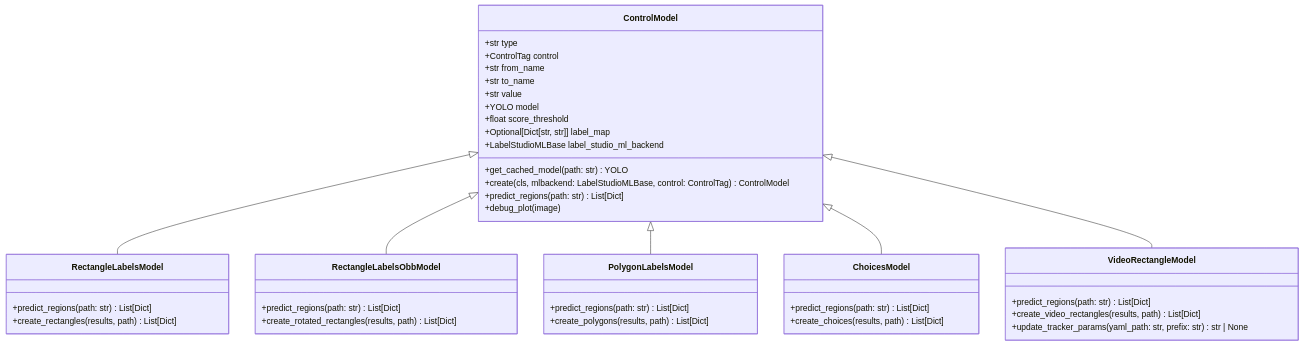
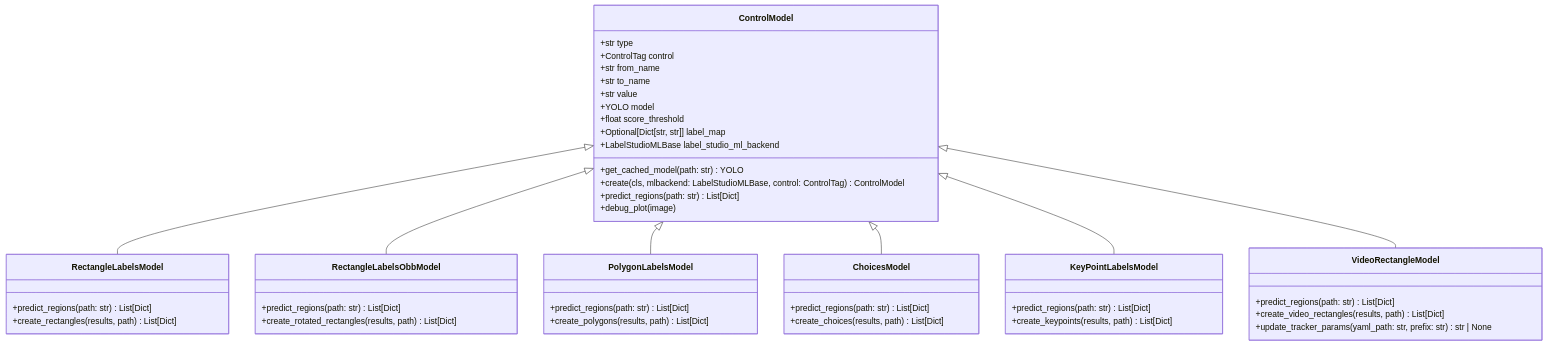
Before and after one commit to HumanSignal/label-studio-ml-backend: the diagram in label_studio_ml/examples/yolo/README_DEVELOP.md, drawn with Mermaid. The commit also changed other lines of this file, not shown here.

````diff
--- a/label_studio_ml/examples/yolo/README_DEVELOP.md
+++ b/label_studio_ml/examples/yolo/README_DEVELOP.md
@@ -1,51 +1,58 @@
 ```mermaid
 classDiagram
     class ControlModel {
         +str type
         +ControlTag control
         +str from_name
         +str to_name
         +str value
         +YOLO model
         +float score_threshold
         +Optional[Dict[str, str]] label_map
         +LabelStudioMLBase label_studio_ml_backend
         +get_cached_model(path: str) YOLO
         +create(cls, mlbackend: LabelStudioMLBase, control: ControlTag) ControlModel
         +predict_regions(path: str) List[Dict]
         +debug_plot(image)
     }
 
     class RectangleLabelsModel {
         +predict_regions(path: str) List[Dict]
         +create_rectangles(results, path) List[Dict]
     }
 
     class RectangleLabelsObbModel {
         +predict_regions(path: str) List[Dict]
         +create_rotated_rectangles(results, path) List[Dict]
     }    
     
 
     class PolygonLabelsModel {
         +predict_regions(path: str) List[Dict]
         +create_polygons(results, path) List[Dict]
     }
+    
+    class KeyPointLabelsModel {
+        +predict_regions(path: str) List[Dict]
+        +create_keypoints(results, path) List[Dict]
+    }
 
     class ChoicesModel {
         +predict_regions(path: str) List[Dict]
         +create_choices(results, path) List[Dict]
     }
 
     class VideoRectangleModel {
         +predict_regions(path: str) List[Dict]
         +create_video_rectangles(results, path) List[Dict]
         +update_tracker_params(yaml_path: str, prefix: str) str | None
     }
 
     ControlModel <|-- RectangleLabelsModel
     ControlModel <|-- RectangleLabelsObbModel
     ControlModel <|-- PolygonLabelsModel
     ControlModel <|-- ChoicesModel
+    ControlModel <|-- KeyPointLabelsModel
     ControlModel <|-- VideoRectangleModel
+    
 ```
````
